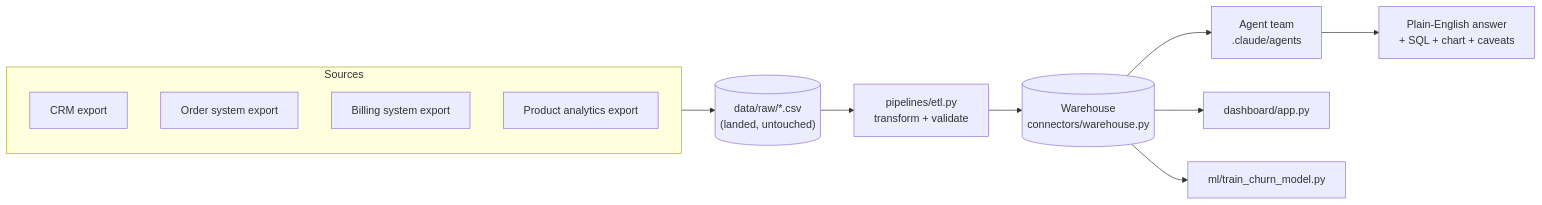
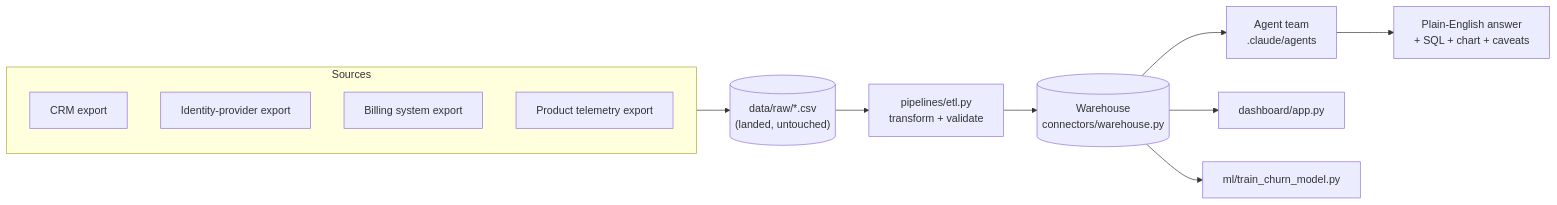
Before and after one commit to rithikahaha/AI-Data-Analyst-Claude-Code: the diagram in docs/ARCHITECTURE.md, drawn with Mermaid. The commit also changed other lines of this file and 31 other files, not shown here.

First line of the commit message:
Swap business domain from e-commerce/subscriptions to B2B SaaS product analytics

````diff
--- a/docs/ARCHITECTURE.md
+++ b/docs/ARCHITECTURE.md
@@ -9,16 +9,16 @@
 ```mermaid
 flowchart LR
     subgraph Sources
         CRM[CRM export]
-        Orders[Order system export]
+        Identity[Identity-provider export]
         Billing[Billing system export]
-        Product[Product analytics export]
+        Product[Product telemetry export]
     end
     Sources --> Raw[("data/raw/*.csv\n(landed, untouched)")]
     Raw --> ETL[pipelines/etl.py\ntransform + validate]
     ETL --> WH[(Warehouse\nconnectors/warehouse.py)]
     WH --> Agents[Agent team\n.claude/agents]
     WH --> Dashboard[dashboard/app.py]
     WH --> Model[ml/train_churn_model.py]
     Agents --> Answer["Plain-English answer\n+ SQL + chart + caveats"]
 ```
````
